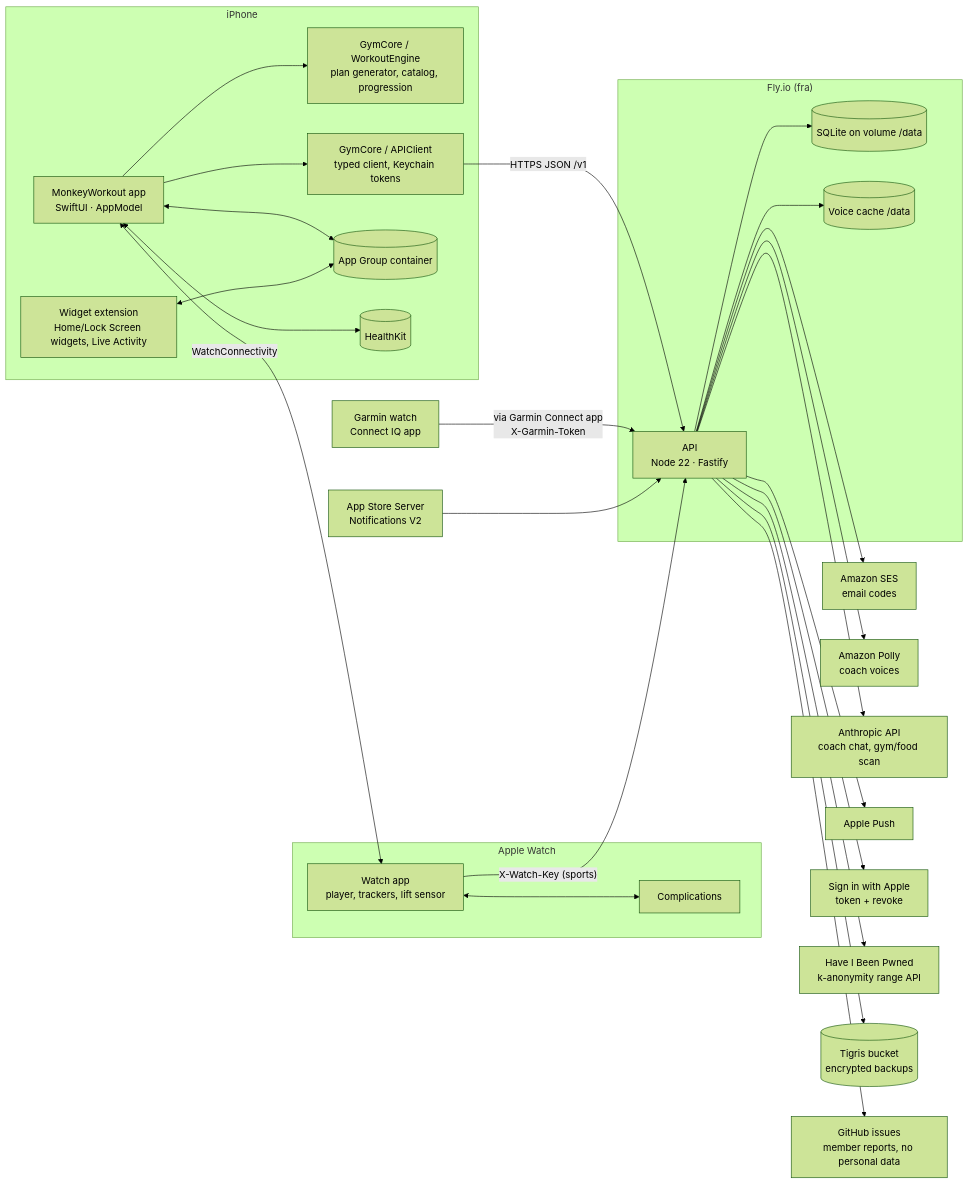
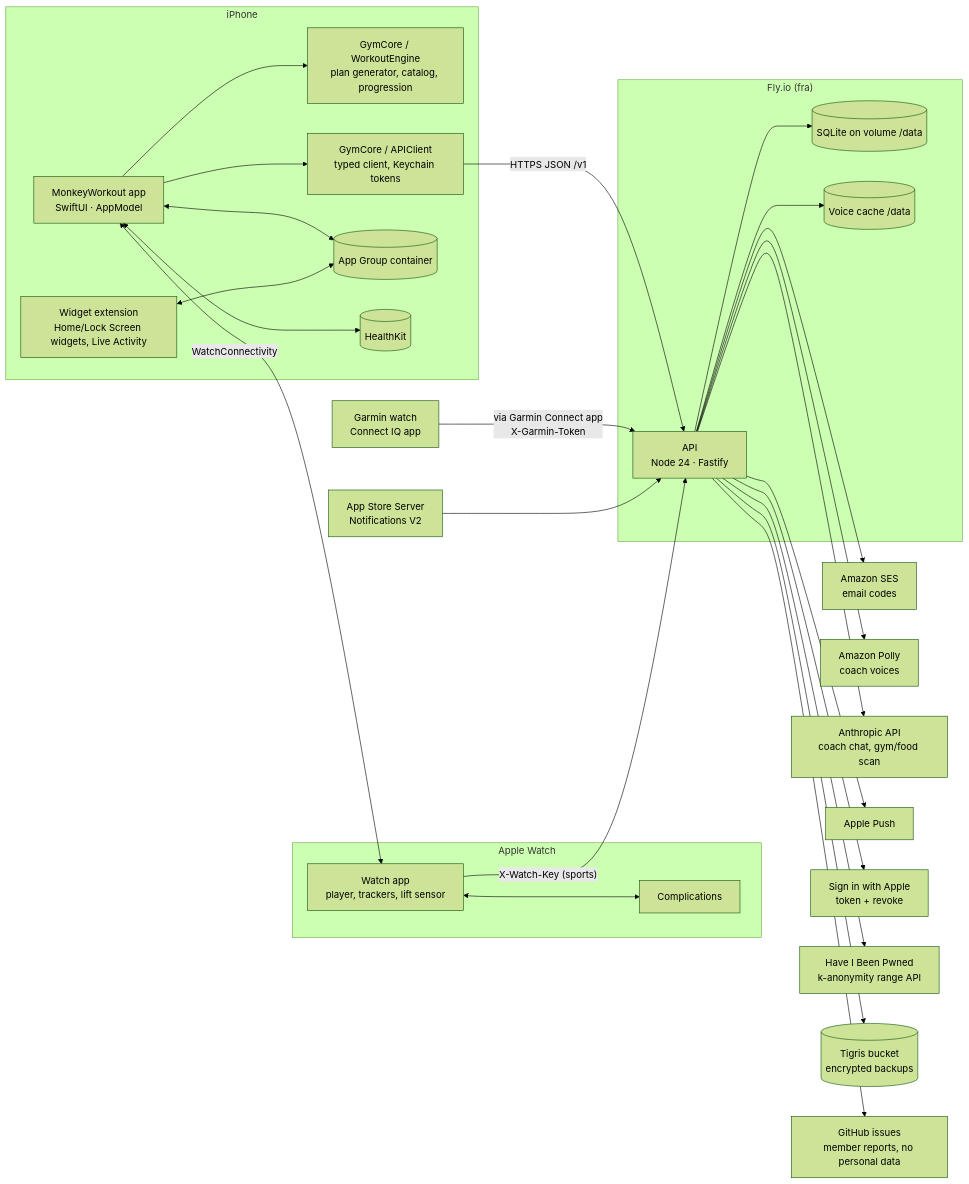
Before and after one commit to jeanyves-figiel/Gym-Workout: the first of 3 diagrams in docs/architecture.md, drawn with Mermaid (forest theme). The commit also changed other lines of this file and 16 other files, not shown here.

````diff
--- a/docs/architecture.md
+++ b/docs/architecture.md
@@ -5,42 +5,42 @@
 ```mermaid
 flowchart LR
   subgraph Device["iPhone"]
     App["MonkeyWorkout app<br/>SwiftUI · AppModel"]
     Engine["GymCore / WorkoutEngine<br/>plan generator, catalog, progression"]
     Client["GymCore / APIClient<br/>typed client, Keychain tokens"]
     Widgets["Widget extension<br/>Home/Lock Screen widgets, Live Activity"]
     Group[("App Group container")]
     Health[("HealthKit")]
     App --> Engine
     App --> Client
     App <--> Group
     Widgets <--> Group
     App <--> Health
   end
   subgraph Watch["Apple Watch"]
     WApp["Watch app<br/>player, trackers, lift sensor"]
     Comp["Complications"]
     WApp <--> Comp
   end
   Garmin["Garmin watch<br/>Connect IQ app"]
   subgraph Fly["Fly.io (fra)"]
-    API["API<br/>Node 22 · Fastify"]
+    API["API<br/>Node 24 · Fastify"]
     DB[("SQLite on volume /data")]
     Voices[("Voice cache /data")]
     API --> DB
     API --> Voices
   end
   App <-- "WatchConnectivity" --> WApp
   WApp -- "X-Watch-Key (sports)" --> API
   Client -- "HTTPS JSON /v1" --> API
   Garmin -- "via Garmin Connect app<br/>X-Garmin-Token" --> API
   API --> SES["Amazon SES<br/>email codes"]
   API --> Polly["Amazon Polly<br/>coach voices"]
   API --> Claude["Anthropic API<br/>coach chat, gym/food scan"]
   API --> APNs["Apple Push"]
   API --> AppleID["Sign in with Apple<br/>token + revoke"]
   AppStore["App Store Server<br/>Notifications V2"] --> API
   API --> HIBP["Have I Been Pwned<br/>k-anonymity range API"]
   API --> Tigris[("Tigris bucket<br/>encrypted backups")]
   API --> GH["GitHub issues<br/>member reports, no personal data"]
 ```
````
